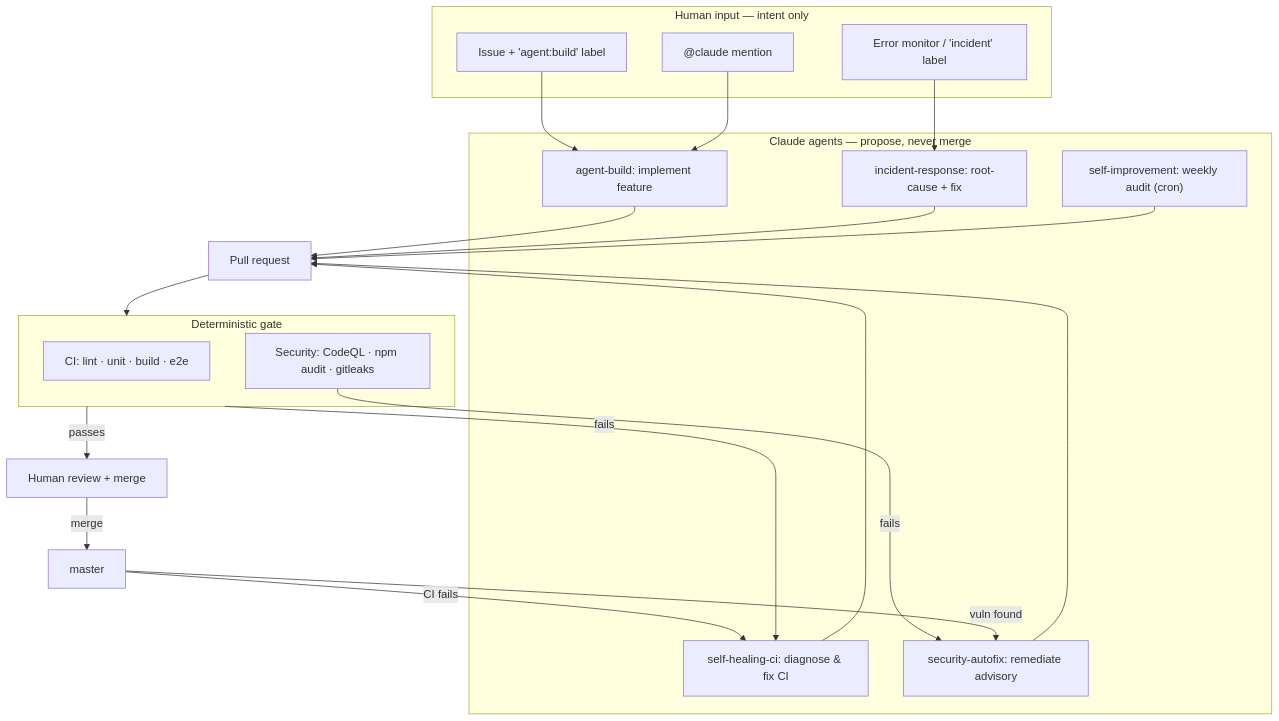
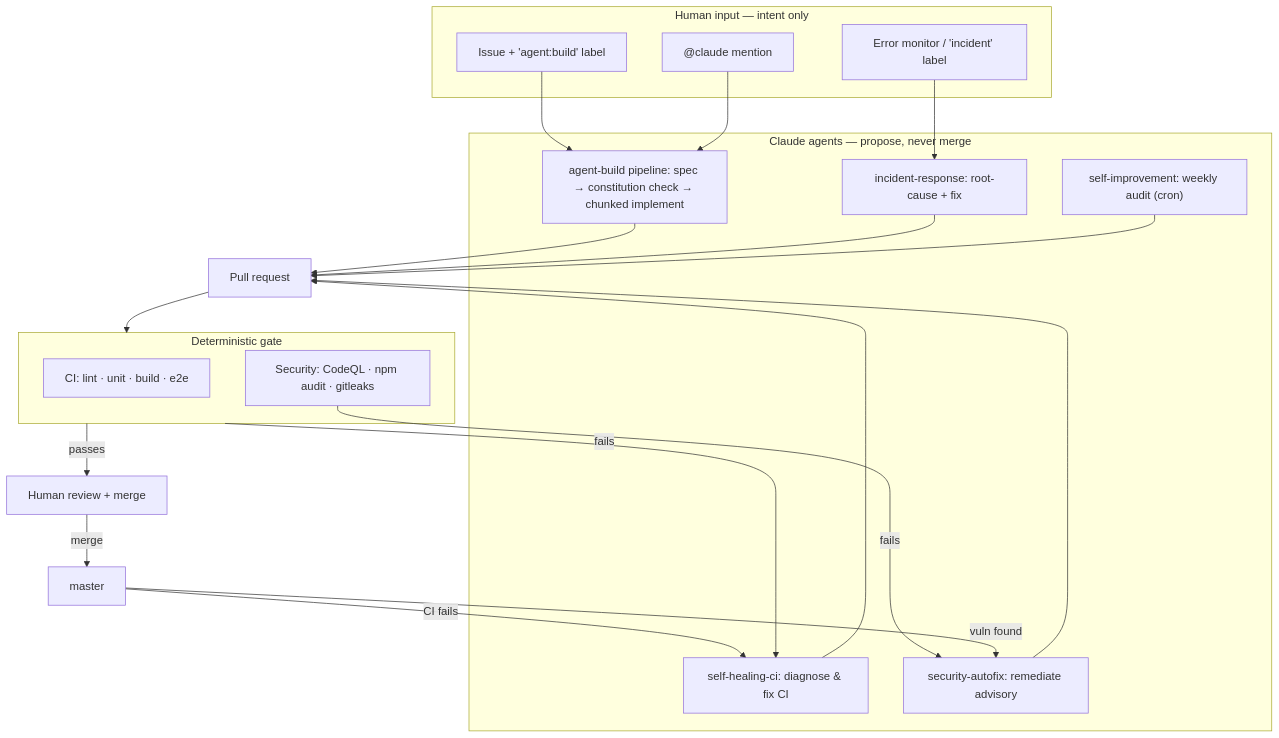
Before and after one commit to nonokia/weather-you-travel: the diagram in README.md, drawn with Mermaid. The commit also changed other lines of this file and 7 other files, not shown here.

````diff
--- a/README.md
+++ b/README.md
@@ -22,35 +22,35 @@
 ```mermaid
 flowchart TD
     subgraph Humans["Human input — intent only"]
         I1["Issue + 'agent:build' label"]
         I2["@claude mention"]
         I3["Error monitor / 'incident' label"]
     end
 
     subgraph Agents["Claude agents — propose, never merge"]
-        A1["agent-build: implement feature"]
+        A1["agent-build pipeline: spec → constitution check → chunked implement"]
         A2["self-healing-ci: diagnose & fix CI"]
         A3["security-autofix: remediate advisory"]
         A4["incident-response: root-cause + fix"]
         A5["self-improvement: weekly audit (cron)"]
     end
 
     subgraph Gate["Deterministic gate"]
         G1["CI: lint · unit · build · e2e"]
         G2["Security: CodeQL · npm audit · gitleaks"]
     end
 
     H["Human review + merge"]
 
     I1 --> A1
     I2 --> A1
     I3 --> A4
     A1 & A2 & A3 & A4 & A5 --> PR["Pull request"]
     PR --> Gate
     Gate -- fails --> A2
     G2 -- fails --> A3
     Gate -- passes --> H
     H -- merge --> master["master"]
     master -- CI fails --> A2
     master -- vuln found --> A3
 ```
````
